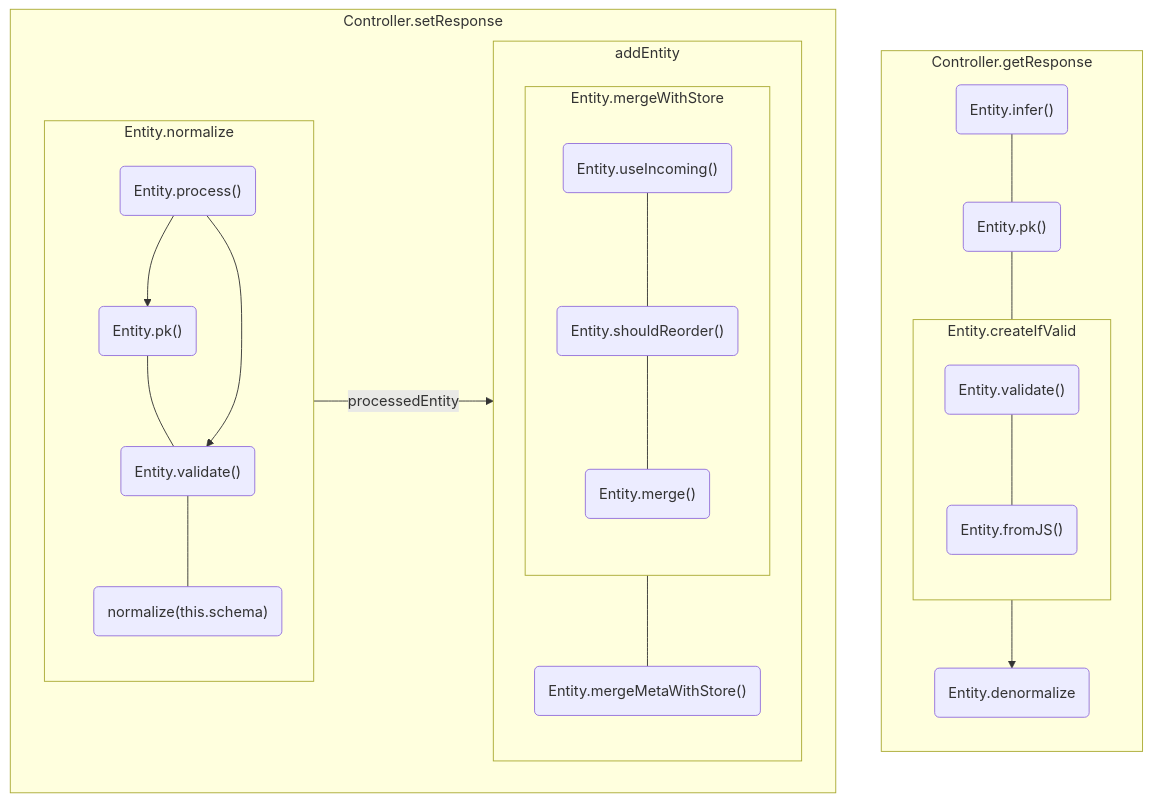
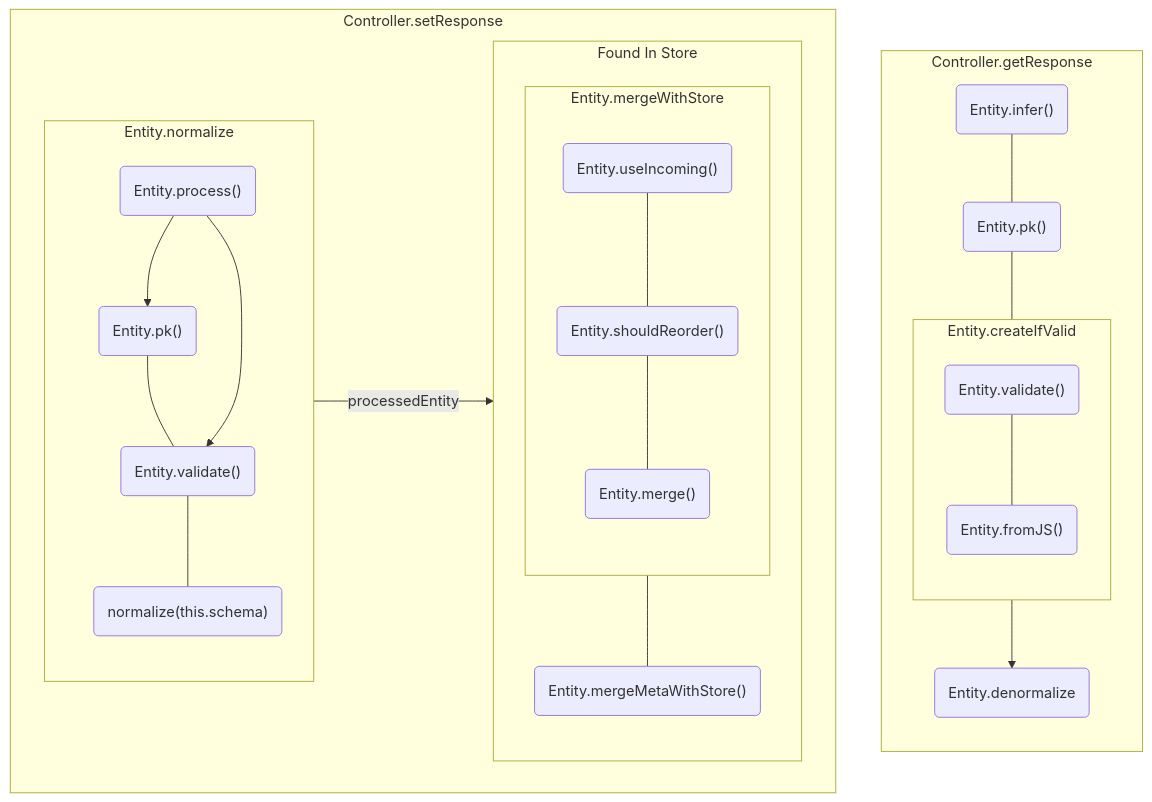
Before and after one commit to reactive/data-client: the diagram in docs/rest/diagrams/_entity_lifecycle.mdx, drawn with Mermaid.

Commit message:
docs: Naming tweak for entity lifecycle

````diff
--- a/docs/rest/diagrams/_entity_lifecycle.mdx
+++ b/docs/rest/diagrams/_entity_lifecycle.mdx
@@ -1,43 +1,43 @@
 ```mermaid
 flowchart BT
   subgraph Controller.getResponse
     infer("Entity.infer()")---pk2
     pk2("Entity.pk()")---Entity.createIfValid
     subgraph Entity.createIfValid
       direction TB
       validate2("Entity.validate()")---fromJS("Entity.fromJS()")
     end
     Entity.createIfValid-->denormNest("Entity.denormalize")
   end
   subgraph Controller.setResponse
     direction LR
     subgraph Entity.normalize
       direction TB
       process("Entity.process()")-->pk("Entity.pk()")
       pk---validate("Entity.validate()")
       process-->validate
       validate---normNest("normalize(this.schema)")
     end
-    Entity.normalize--processedEntity-->addEntity
-    subgraph addEntity
+    Entity.normalize--processedEntity-->INSTORE
+    subgraph INSTORE["Found In Store"]
       subgraph Entity.mergeWithStore
         direction TB
         useincoming("Entity.useIncoming()")---shouldreorder("Entity.shouldReorder()")
         shouldreorder---merge("Entity.merge()")
       end
       Entity.mergeWithStore---mergeMetaWithStore("Entity.mergeMetaWithStore()")
     end
   end
   click process "/rest/api/Entity#process"
   click pk "/rest/api/Entity#pk"
   click pk2 "/rest/api/Entity#pk"
   click fromJS "/rest/api/Entity#fromJS"
   click validate "/rest/api/Entity#validate"
   click validate2 "/rest/api/Entity#validate"
   click mergeMetaWithStore "/rest/api/Entity#mergeMetaWithStore"
   click useincoming "/rest/api/Entity#useincoming"
   click shouldreorder "/rest/api/Entity#shouldreorder"
   click mergewithstore "/rest/api/Entity#mergeWithStore"
   click merge "/rest/api/Entity#merge"
   click infer "/rest/api/Entity#infer"
 ```
````
